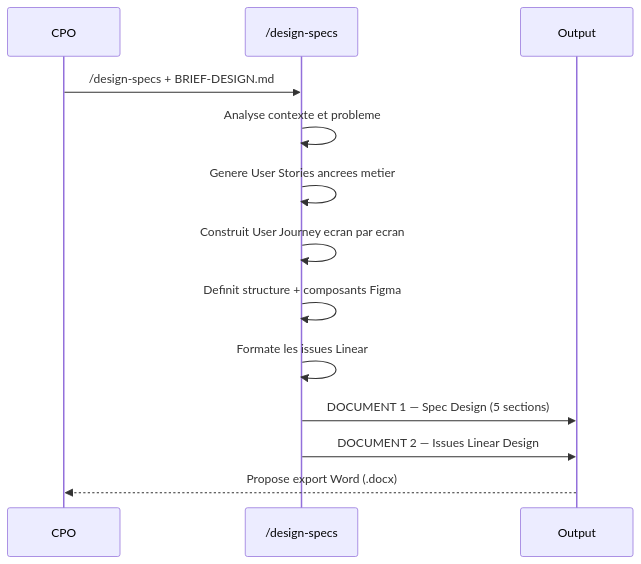
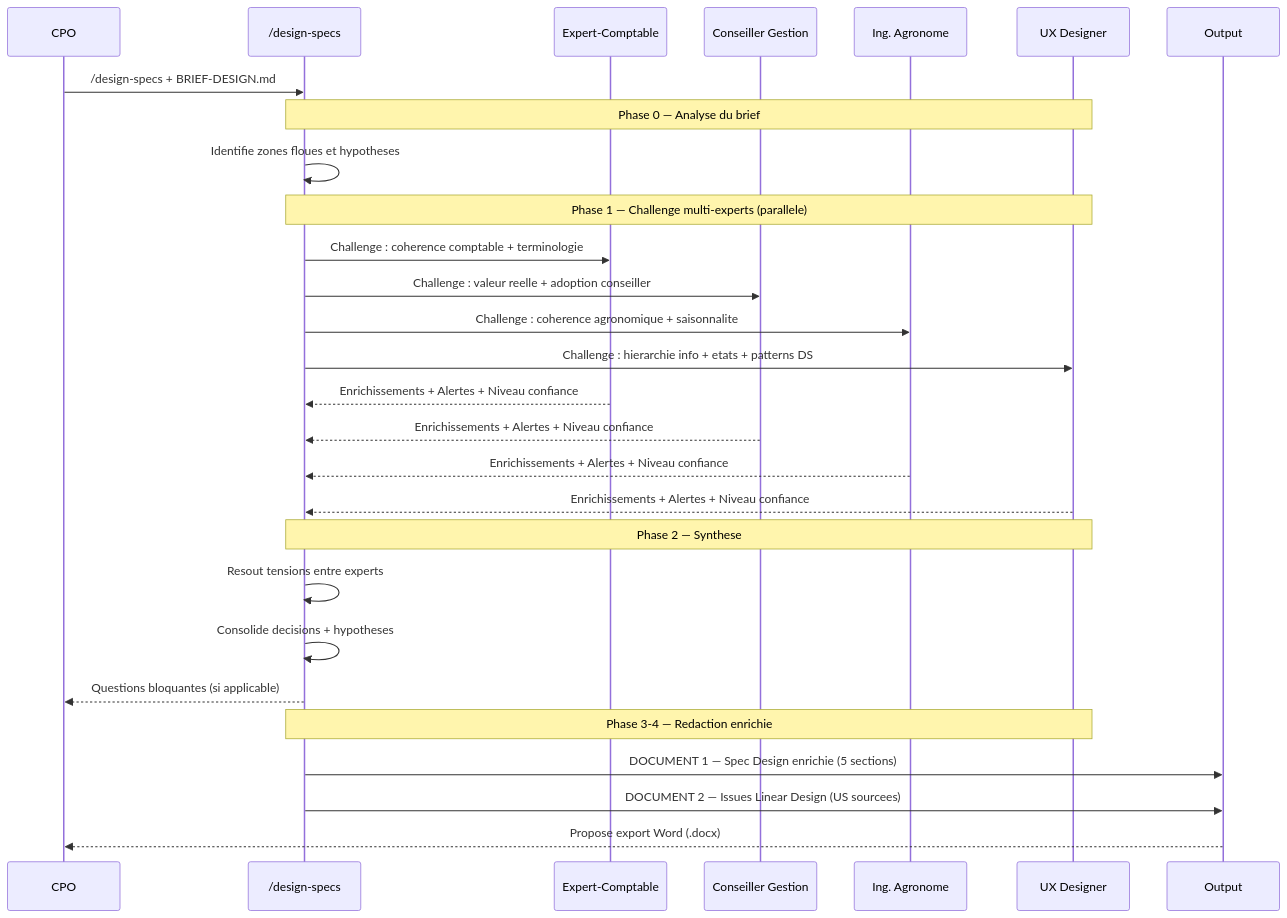
The third of 7 diagrams in README.md (charlesterrey/global-product-workflow), drawn with Mermaid before and after one commit. The commit also changed other lines of this file, not shown here.

First line of the commit message:
docs: mise a jour README pour reflechir design-specs v3.0 (4 experts)

````diff
--- a/README.md
+++ b/README.md
@@ -86,16 +124,35 @@
 ```mermaid
 sequenceDiagram
     participant CPO
     participant skill as /design-specs
+    participant E1 as Expert-Comptable
+    participant E2 as Conseiller Gestion
+    participant E3 as Ing. Agronome
+    participant E4 as UX Designer
     participant out as Output
 
     CPO->>skill: /design-specs + BRIEF-DESIGN.md
-    skill->>skill: Analyse contexte et probleme
-    skill->>skill: Genere User Stories ancrees metier
-    skill->>skill: Construit User Journey ecran par ecran
-    skill->>skill: Definit structure + composants Figma
-    skill->>skill: Formate les issues Linear
-    skill->>out: DOCUMENT 1 — Spec Design (5 sections)
-    skill->>out: DOCUMENT 2 — Issues Linear Design
+
+    Note over skill,E4: Phase 0 — Analyse du brief
+    skill->>skill: Identifie zones floues et hypotheses
+
+    Note over skill,E4: Phase 1 — Challenge multi-experts (parallele)
+    skill->>E1: Challenge : coherence comptable + terminologie
+    skill->>E2: Challenge : valeur reelle + adoption conseiller
+    skill->>E3: Challenge : coherence agronomique + saisonnalite
+    skill->>E4: Challenge : hierarchie info + etats + patterns DS
+    E1-->>skill: Enrichissements + Alertes + Niveau confiance
+    E2-->>skill: Enrichissements + Alertes + Niveau confiance
+    E3-->>skill: Enrichissements + Alertes + Niveau confiance
+    E4-->>skill: Enrichissements + Alertes + Niveau confiance
+
+    Note over skill,E4: Phase 2 — Synthese
+    skill->>skill: Resout tensions entre experts
+    skill->>skill: Consolide decisions + hypotheses
+    skill-->>CPO: Questions bloquantes (si applicable)
+
+    Note over skill,E4: Phase 3-4 — Redaction enrichie
+    skill->>out: DOCUMENT 1 — Spec Design enrichie (5 sections)
+    skill->>out: DOCUMENT 2 — Issues Linear Design (US sourcees)
     out-->>CPO: Propose export Word (.docx)
 ```
````
